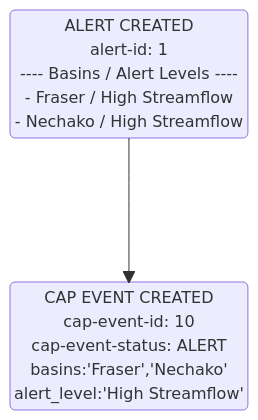
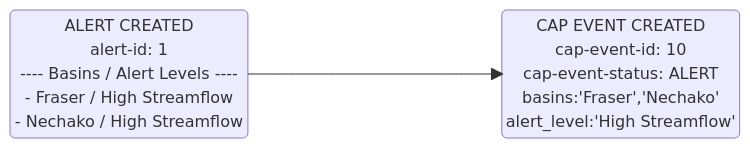
The first of 6 diagrams in docs/backend-planning/data_flow.md (bcgov/nr-rfc-alertauthoring), drawn with Mermaid before and after one commit. The commit also changed other lines of this file, not shown here.

````diff
--- a/docs/backend-planning/data_flow.md
+++ b/docs/backend-planning/data_flow.md
@@ -26,10 +26,9 @@
 ```mermaid
 block-beta
-  columns 1
+  columns 3
   new_alert("ALERT CREATED\nalert-id: 1\n---- Basins / Alert Levels ----\n - Fraser / High Streamflow \n- Nechako / High Streamflow")
   space
   cap_event_1("CAP EVENT CREATED\ncap-event-id: 10\ncap-event-status: ALERT\nbasins:'Fraser','Nechako' \nalert_level:'High Streamflow'")
-  space
 
   new_alert --> cap_event_1
 ```
````
